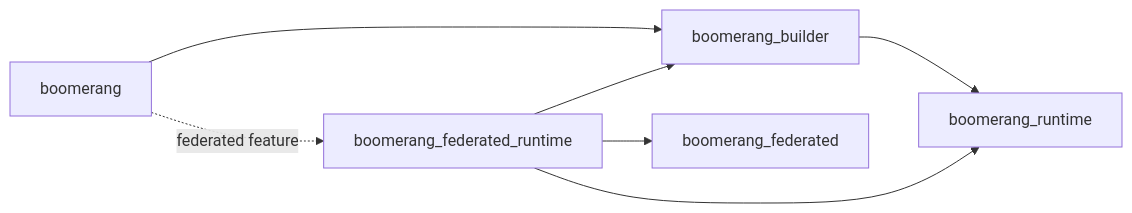
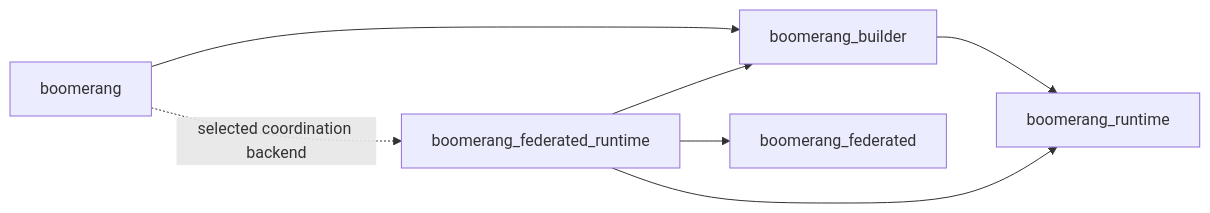
The second of 3 diagrams in docs/architecture.md (jondo2010/boomerang), drawn with Mermaid before and after one commit. The commit also changed other lines of this file and 2 other files, not shown here.

Commit message:
docs: define static federate deployment architecture

````diff
--- a/docs/architecture.md
+++ b/docs/architecture.md
@@ -209,15 +212,15 @@
 ```mermaid
 flowchart LR
     Facade["boomerang"]
     AssemblyLayer["boomerang_builder"]
     Runtime["boomerang_runtime"]
     Adapter["boomerang_federated_runtime"]
     Protocol["boomerang_federated"]
 
     Facade --> AssemblyLayer
     AssemblyLayer --> Runtime
-    Facade -. federated feature .-> Adapter
+    Facade -. selected coordination backend .-> Adapter
     Adapter --> AssemblyLayer
     Adapter --> Runtime
     Adapter --> Protocol
 ```
````
